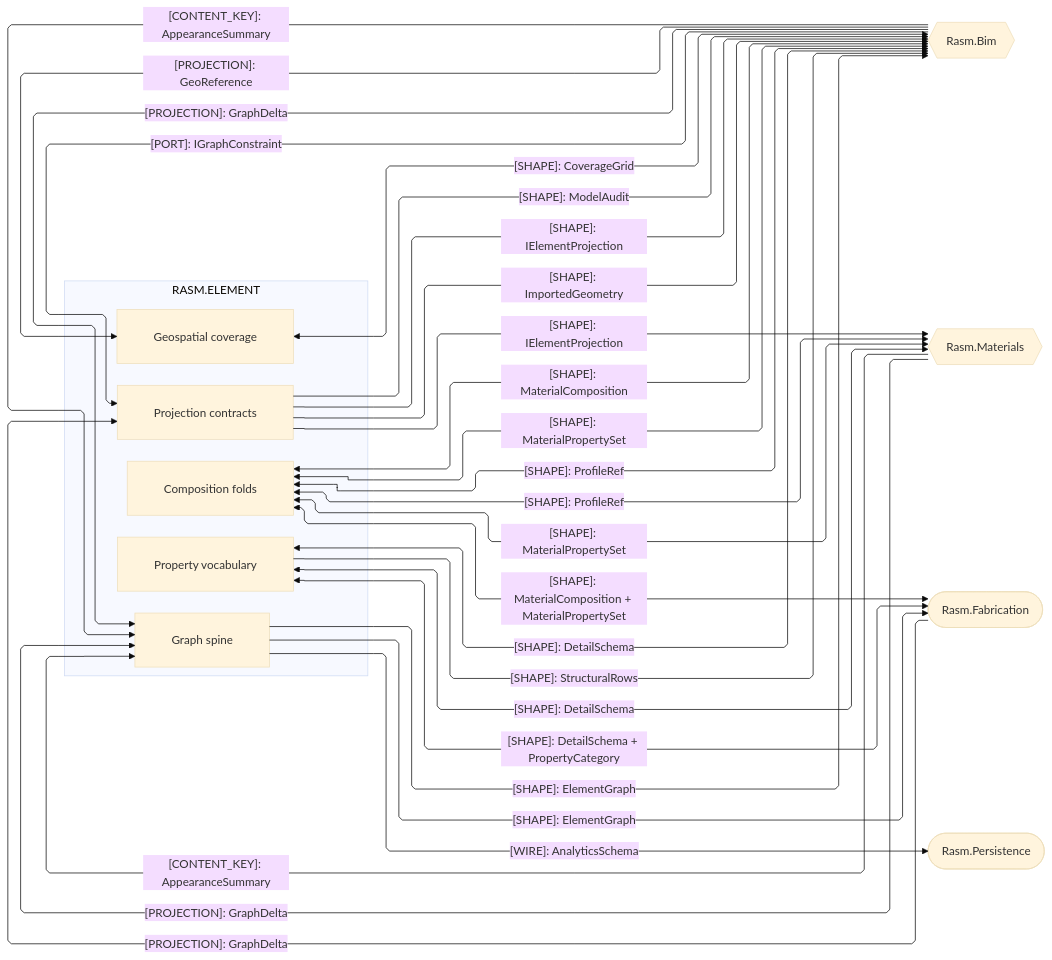
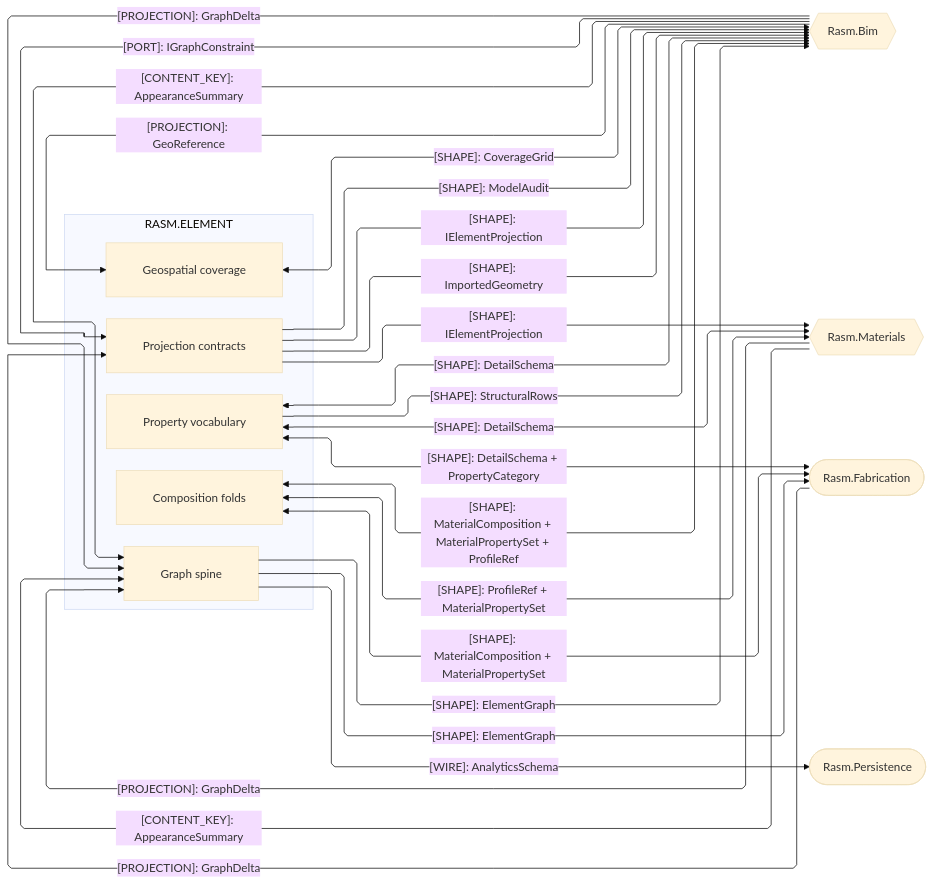
Before and after one commit to bsamiee/Rasm: the second of 4 diagrams in libs/csharp/Rasm.Element/ARCHITECTURE.md, drawn with Mermaid (base theme). The commit also changed other lines of this file and 115 other files, not shown here.

First line of the commit message:
Land the index-doc, cross-libs planning, and manifest delta

````diff
--- a/libs/csharp/Rasm.Element/ARCHITECTURE.md
+++ b/libs/csharp/Rasm.Element/ARCHITECTURE.md
@@ -127,48 +130,45 @@
 ```mermaid
 ---
 config:
   layout: elk
   flowchart:
     curve: linear
     padding: 25
 ---
 flowchart LR
     accTitle: Element AEC-domain projection seams
-    accDescr: Element sub-domain owners exchanging projections and neutral shapes with the AEC peers Bim, Materials, and Fabrication and handing columnar row schemas to the Persistence custodian, one edge per contract family mirrored on the counterpart folder.
+    accDescr: Which projections and neutral shapes cross between Element's owners, the AEC peers, and the persistence custodian.
     subgraph element[RASM.ELEMENT]
         Graph[Graph spine]
         Projection[Projection contracts]
         Composition[Composition folds]
         Properties[Property vocabulary]
         Geospatial[Geospatial coverage]
     end
     Bim{{Rasm.Bim}}
     Materials{{Rasm.Materials}}
     Fabrication([Rasm.Fabrication])
     Persistence([Rasm.Persistence])
-    Bim -->|"[PROJECTION]: GraphDelta"| Graph
-    Materials -->|"[PROJECTION]: GraphDelta"| Graph
-    Graph -->|"[SHAPE]: ElementGraph"| Bim
-    Graph -->|"[SHAPE]: ElementGraph"| Fabrication
-    Graph -->|"[WIRE]: AnalyticsSchema"| Persistence
-    Bim -->|"[PORT]: IGraphConstraint"| Projection
-    Fabrication -->|"[PROJECTION]: GraphDelta"| Projection
-    Projection -->|"[SHAPE]: IElementProjection"| Materials
-    Projection -->|"[SHAPE]: IElementProjection"| Bim
-    Composition <-->|"[SHAPE]: MaterialComposition"| Bim
-    Composition <-->|"[SHAPE]: MaterialPropertySet"| Bim
-    Composition <-->|"[SHAPE]: ProfileRef"| Bim
-    Composition <-->|"[SHAPE]: ProfileRef"| Materials
-    Composition <-->|"[SHAPE]: MaterialPropertySet"| Materials
-    Composition <-->|"[SHAPE]: MaterialComposition + MaterialPropertySet"| Fabrication
-    Materials -->|"[CONTENT_KEY]: AppearanceSummary"| Graph
-    Bim -->|"[CONTENT_KEY]: AppearanceSummary"| Graph
-    Properties <-->|"[SHAPE]: DetailSchema"| Bim
-    Properties <-->|"[SHAPE]: DetailSchema"| Materials
-    Properties <-->|"[SHAPE]: DetailSchema + PropertyCategory"| Fabrication
-    Properties -->|"[SHAPE]: StructuralRows"| Bim
-    Bim -->|"[PROJECTION]: GeoReference"| Geospatial
-    Geospatial <-->|"[SHAPE]: CoverageGrid"| Bim
-    Projection -->|"[SHAPE]: ImportedGeometry"| Bim
-    Projection -->|"[SHAPE]: ModelAudit"| Bim
+    Bim e1@-->|"[PROJECTION]: GraphDelta"| Graph
+    Materials e2@-->|"[PROJECTION]: GraphDelta"| Graph
+    Graph e3@-->|"[SHAPE]: ElementGraph"| Bim
+    Graph e4@-->|"[SHAPE]: ElementGraph"| Fabrication
+    Graph e5@-->|"[WIRE]: AnalyticsSchema"| Persistence
+    Bim e6@-->|"[PORT]: IGraphConstraint"| Projection
+    Fabrication e7@-->|"[PROJECTION]: GraphDelta"| Projection
+    Projection e8@-->|"[SHAPE]: IElementProjection"| Materials
+    Projection e9@-->|"[SHAPE]: IElementProjection"| Bim
+    Composition e10@<-->|"[SHAPE]: MaterialComposition + MaterialPropertySet + ProfileRef"| Bim
+    Composition e11@<-->|"[SHAPE]: ProfileRef + MaterialPropertySet"| Materials
+    Composition e12@<-->|"[SHAPE]: MaterialComposition + MaterialPropertySet"| Fabrication
+    Materials e13@-->|"[CONTENT_KEY]: AppearanceSummary"| Graph
+    Bim e14@-->|"[CONTENT_KEY]: AppearanceSummary"| Graph
+    Properties e15@<-->|"[SHAPE]: DetailSchema"| Bim
+    Properties e16@<-->|"[SHAPE]: DetailSchema"| Materials
+    Properties e17@<-->|"[SHAPE]: DetailSchema + PropertyCategory"| Fabrication
+    Properties e18@-->|"[SHAPE]: StructuralRows"| Bim
+    Bim e19@-->|"[PROJECTION]: GeoReference"| Geospatial
+    Geospatial e20@<-->|"[SHAPE]: CoverageGrid"| Bim
+    Projection e21@-->|"[SHAPE]: ImportedGeometry"| Bim
+    Projection e22@-->|"[SHAPE]: ModelAudit"| Bim
 ```
````
